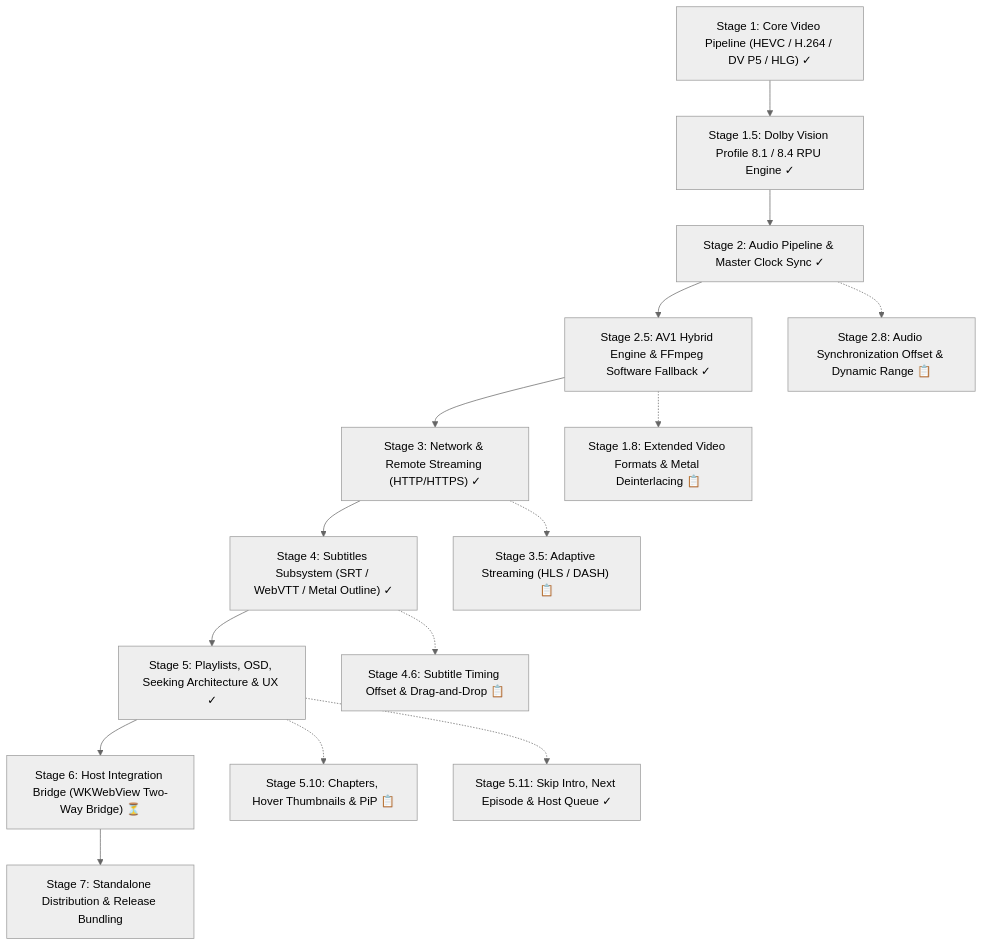
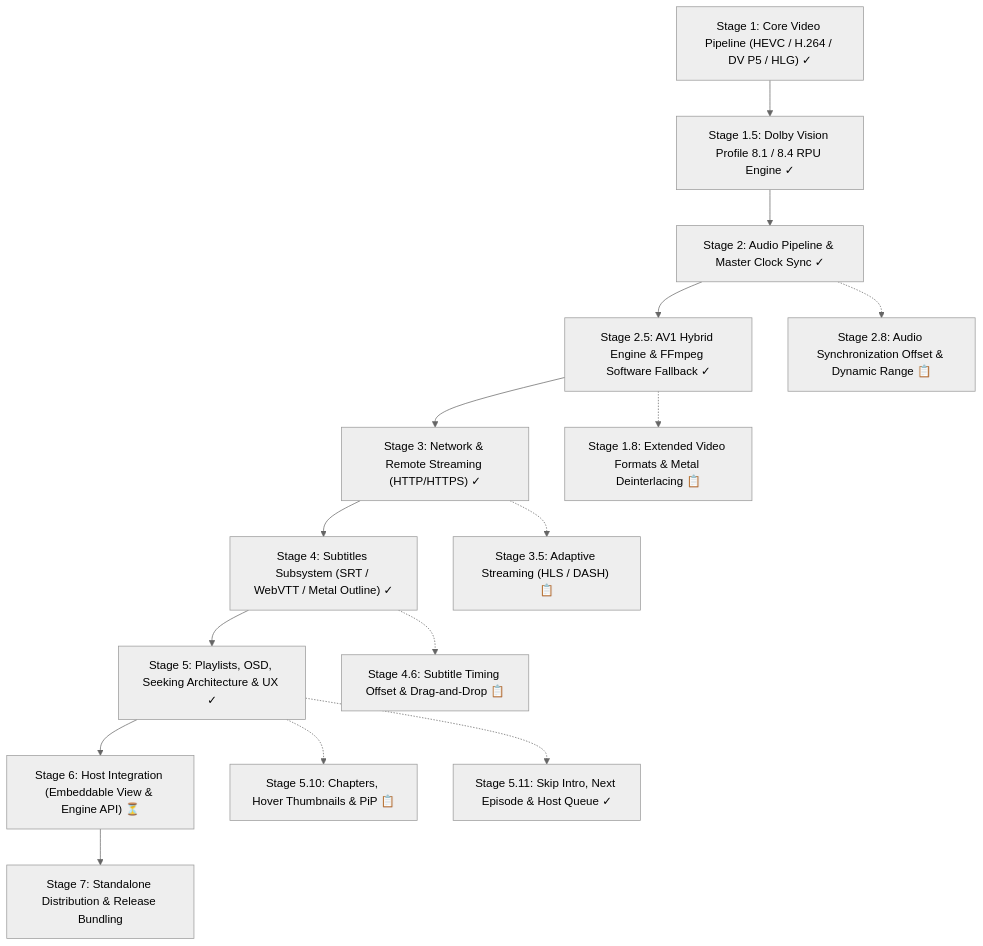
The diagram in docs/ROADMAP.md (ghotriw/nits), drawn with Mermaid (neutral theme) before and after one commit. The commit also changed other lines of this file and 12 other files, not shown here.

````diff
--- a/docs/ROADMAP.md
+++ b/docs/ROADMAP.md
@@ -24,18 +24,18 @@
 ```mermaid
 flowchart TD
     M1["Stage 1: Core Video Pipeline (HEVC / H.264 / DV P5 / HLG) ✓"] --> M15["Stage 1.5: Dolby Vision Profile 8.1 / 8.4 RPU Engine ✓"]
     M15 --> M2["Stage 2: Audio Pipeline & Master Clock Sync ✓"]
     M2 --> M25["Stage 2.5: AV1 Hybrid Engine & FFmpeg Software Fallback ✓"]
     M25 --> M3["Stage 3: Network & Remote Streaming (HTTP/HTTPS) ✓"]
     M3 --> M4["Stage 4: Subtitles Subsystem (SRT / WebVTT / Metal Outline) ✓"]
     M4 --> M5["Stage 5: Playlists, OSD, Seeking Architecture & UX ✓"]
-    M5 --> M6["Stage 6: Host Integration Bridge (WKWebView Two-Way Bridge) ⏳"]
+    M5 --> M6["Stage 6: Host Integration (Embeddable View & Engine API) ⏳"]
     M6 --> M7["Stage 7: Standalone Distribution & Release Bundling"]
     
     M25 -.-> M1X["Stage 1.8: Extended Video Formats & Metal Deinterlacing 📋"]
     M2 -.-> M2X["Stage 2.8: Audio Synchronization Offset & Dynamic Range 📋"]
     M3 -.-> M3X["Stage 3.5: Adaptive Streaming (HLS / DASH) 📋"]
     M4 -.-> M4X["Stage 4.6: Subtitle Timing Offset & Drag-and-Drop 📋"]
     M5 -.-> M5X["Stage 5.10: Chapters, Hover Thumbnails & PiP 📋"]
     M5 -.-> M5Y["Stage 5.11: Skip Intro, Next Episode & Host Queue ✓"]
 ```
````
